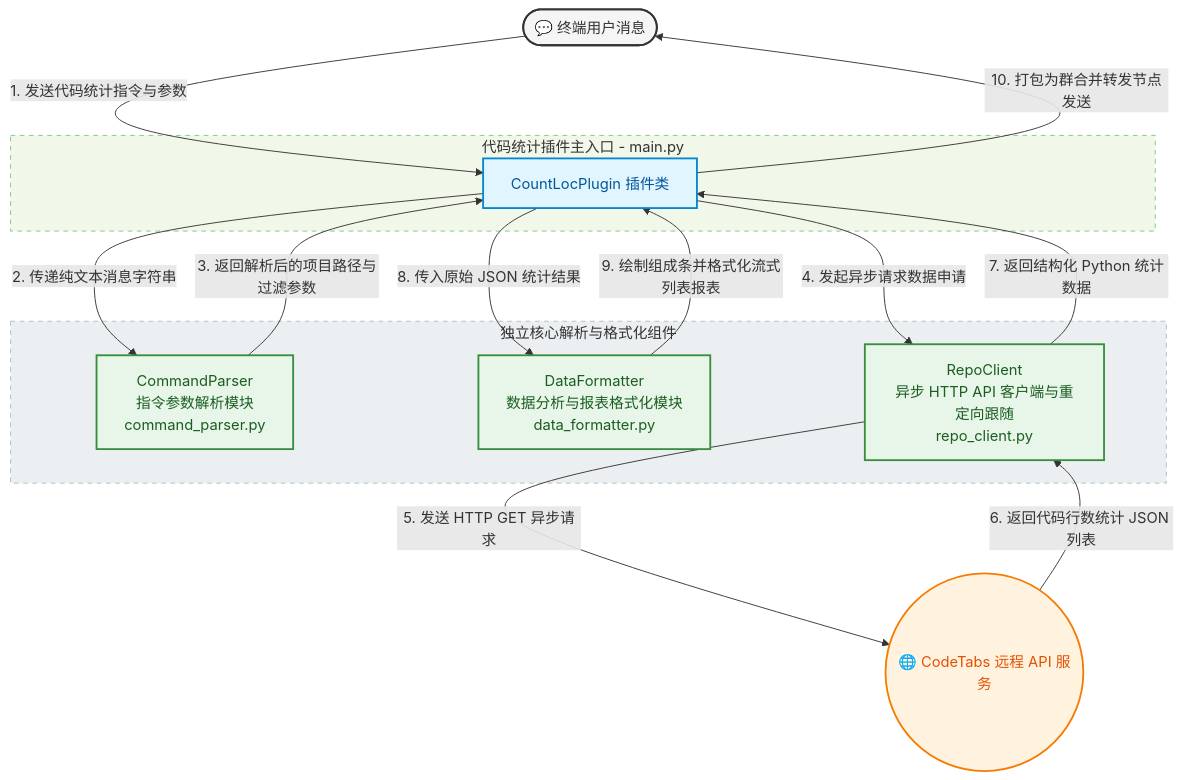
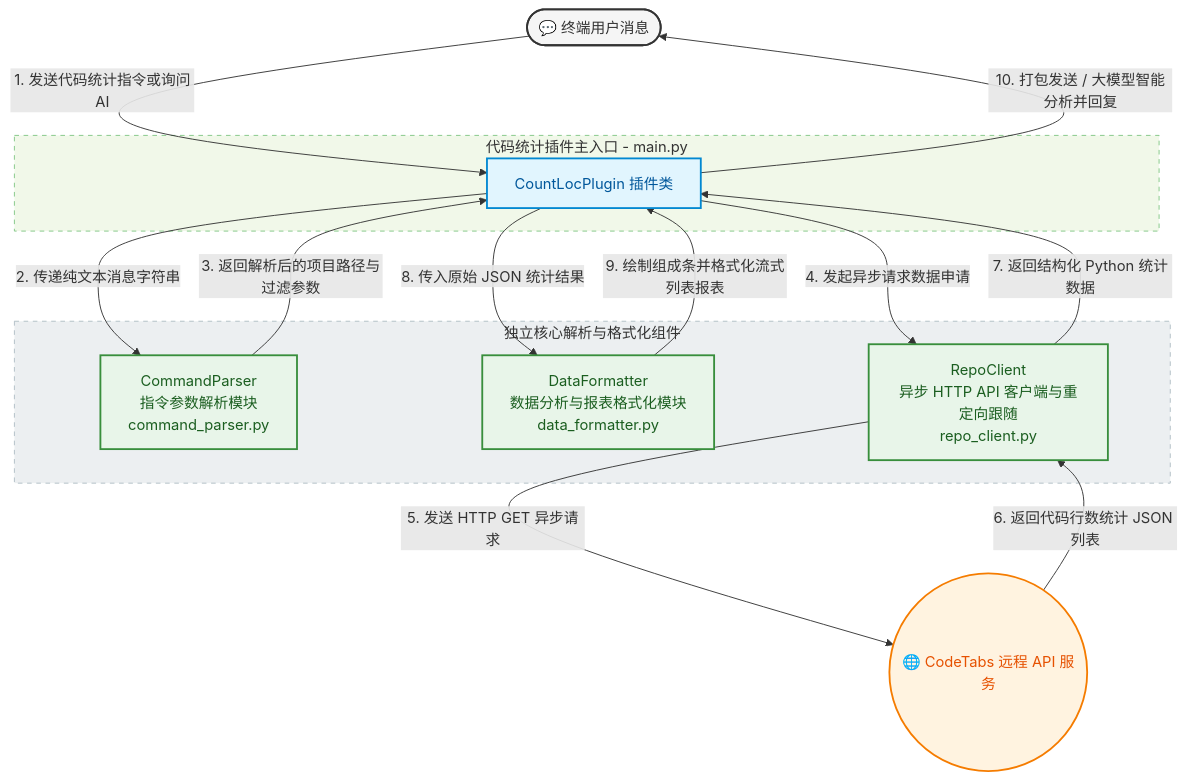
The diagram in README.md (DBJD-CR/astrbot_plugin_count_loc), drawn with Mermaid before and after one commit. The commit also changed other lines of this file, not shown here.

````diff
--- a/README.md
+++ b/README.md
@@ -312,42 +342,42 @@
 ```mermaid
 flowchart TD
     %% 样式定义
     classDef userStyle fill:#F5F5F5,stroke:#333,stroke-width:2px,color:#333;
     classDef pluginStyle fill:#E1F5FE,stroke:#0288D1,stroke-width:2px,color:#01579B;
     classDef moduleStyle fill:#E8F5E9,stroke:#388E3C,stroke-width:2px,color:#1B5E20;
     classDef apiStyle fill:#FFF3E0,stroke:#F57C00,stroke-width:2px,color:#E65100;
 
     %% 节点定义
     User([💬 终端用户消息]):::userStyle
     
     subgraph CountLocPlugin [代码统计插件主入口 - main.py]
         MainClass[CountLocPlugin 插件类]:::pluginStyle
     end
 
     subgraph InternalModules [独立核心解析与格式化组件]
         Parser[CommandParser<br>指令参数解析模块<br>command_parser.py]:::moduleStyle
         Formatter[DataFormatter<br>数据分析与报表格式化模块<br>data_formatter.py]:::moduleStyle
         Client[RepoClient<br>异步 HTTP API 客户端与重定向跟随<br>repo_client.py]:::moduleStyle
     end
 
     CodeTabsAPI((🌐 CodeTabs 远程 API 服务)):::apiStyle
 
     %% 数据流向连接
-    User -->|1. 发送代码统计指令与参数| MainClass
+    User -->|1. 发送代码统计指令或询问AI| MainClass
     MainClass -->|2. 传递纯文本消息字符串| Parser
     Parser -->|3. 返回解析后的项目路径与过滤参数| MainClass
     
     MainClass -->|4. 发起异步请求数据申请| Client
     Client -->|5. 发送 HTTP GET 异步请求| CodeTabsAPI
     CodeTabsAPI -->|6. 返回代码行数统计 JSON 列表| Client
     Client -->|7. 返回结构化 Python 统计数据| MainClass
     
     MainClass -->|8. 传入原始 JSON 统计结果| Formatter
     Formatter -->|9. 绘制组成条并格式化流式列表报表| MainClass
     
-    MainClass -->|10. 打包为群合并转发节点发送| User
+    MainClass -->|10. 打包发送 / 大模型智能分析并回复| User
 
     %% 样式应用
     style CountLocPlugin fill:#F1F8E9,stroke:#81C784,stroke-width:1px,stroke-dasharray: 5 5;
     style InternalModules fill:#ECEFF1,stroke:#B0BEC5,stroke-width:1px,stroke-dasharray: 5 5;
 ```
````
